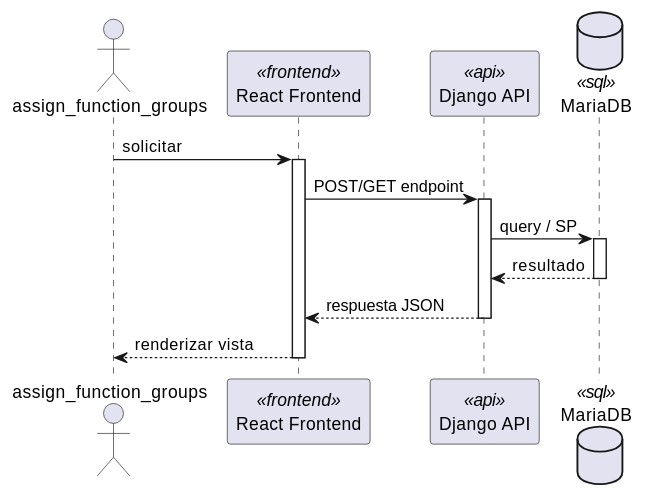
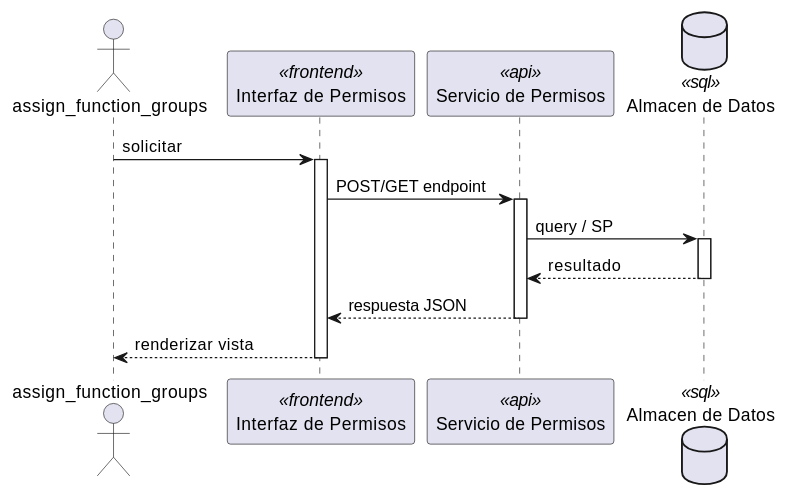
One commit to jcg-admin/IACT-docs changed the first of 2 diagrams in source/arquitectura-tecnica/DesignView/perm-01.rst. Above: the diagram before and after it, drawn with PlantUML. The commit also changed other lines of this file and 243 other files, not shown here.

First line of the commit message:
Add missing diagrams and fix participant names across Kruchten views

```diff
--- a/source/arquitectura-tecnica/DesignView/perm-01.rst
+++ b/source/arquitectura-tecnica/DesignView/perm-01.rst
@@ -22,28 +22,28 @@
 .. uml::
  :caption: UC_PERM_01 — Design View (secuencia)
 
  @startuml
 
  actor "assign_function_groups" as assign_function_groups
- participant "React Frontend" as Frontend <<frontend>>
- participant "Django API" as APIServer <<api>>
- database "MariaDB" as BaseDatos <<sql>>
+ participant "Interfaz de Permisos" as Iface <<frontend>>
+ participant "Servicio de Permisos" as SvcNode <<api>>
+ database "Almacen de Datos" as Store <<sql>>
 
- assign_function_groups -> Frontend : solicitar
- activate Frontend
+ assign_function_groups -> Iface : solicitar
+ activate Iface
 
- Frontend -> APIServer : POST/GET endpoint
- activate APIServer
+ Iface -> SvcNode : POST/GET endpoint
+ activate SvcNode
 
- APIServer -> BaseDatos : query / SP
- activate BaseDatos
- BaseDatos --> APIServer : resultado
- deactivate BaseDatos
+ SvcNode -> Store : query / SP
+ activate Store
+ Store --> SvcNode : resultado
+ deactivate Store
 
- APIServer --> Frontend : respuesta JSON
- deactivate APIServer
+ SvcNode --> Iface : respuesta JSON
+ deactivate SvcNode
 
- Frontend --> assign_function_groups : renderizar vista
- deactivate Frontend
+ Iface --> assign_function_groups : renderizar vista
+ deactivate Iface
 
  @enduml
```
